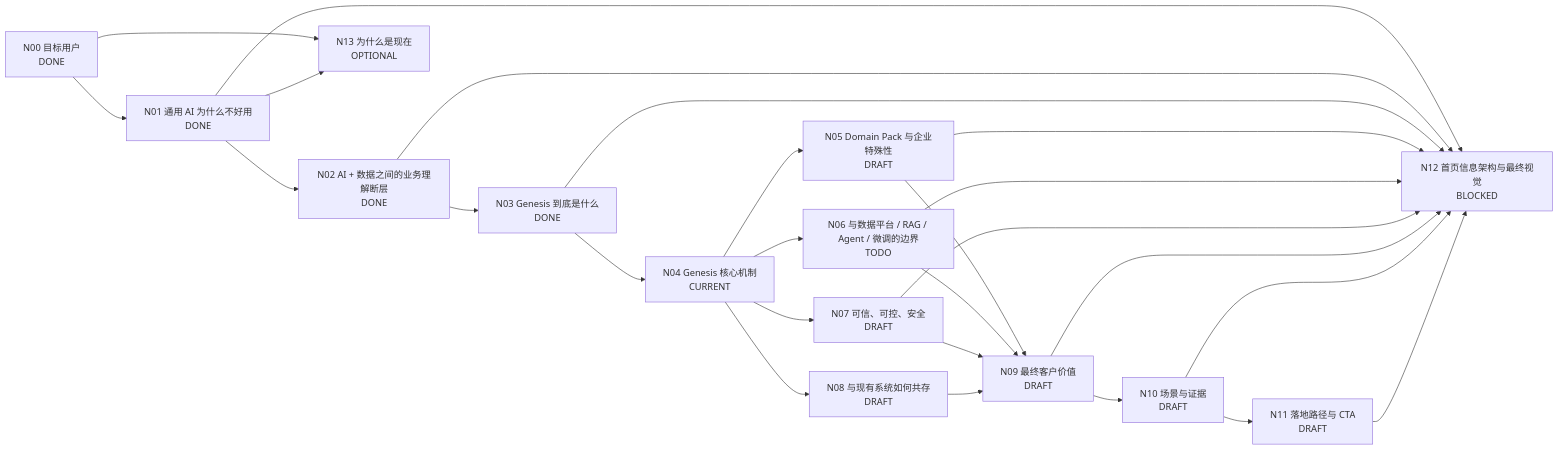
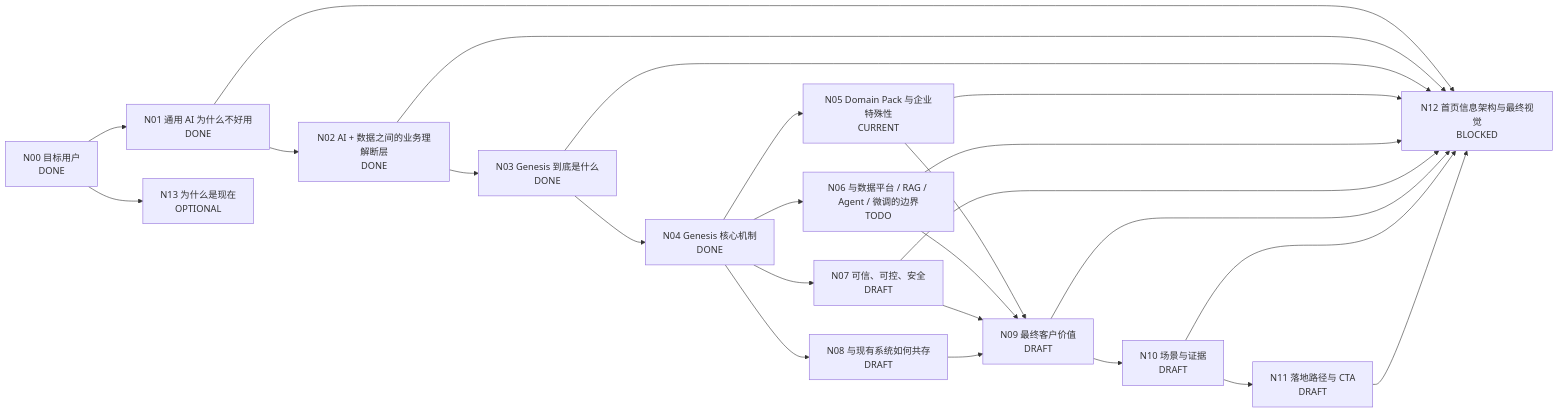
Before and after one commit to stevenge-godscode/stevenge-godscode.github.io: the diagram in docs/product-introduction-dag.md, drawn with Mermaid. The commit also changed other lines of this file, not shown here.

Commit message:
Finalize Genesis core mechanism and start Domain Pack node

````diff
--- a/docs/product-introduction-dag.md
+++ b/docs/product-introduction-dag.md
@@ -25,43 +25,37 @@
 ```mermaid
 flowchart LR
     N00["N00 目标用户\nDONE"]
     N01["N01 通用 AI 为什么不好用\nDONE"]
     N02["N02 AI + 数据之间的业务理解断层\nDONE"]
     N03["N03 Genesis 到底是什么\nDONE"]
-    N04["N04 Genesis 核心机制\nCURRENT"]
-    N05["N05 Domain Pack 与企业特殊性\nDRAFT"]
+    N04["N04 Genesis 核心机制\nDONE"]
+    N05["N05 Domain Pack 与企业特殊性\nCURRENT"]
     N06["N06 与数据平台 / RAG / Agent / 微调的边界\nTODO"]
     N07["N07 可信、可控、安全\nDRAFT"]
     N08["N08 与现有系统如何共存\nDRAFT"]
     N09["N09 最终客户价值\nDRAFT"]
     N10["N10 场景与证据\nDRAFT"]
     N11["N11 落地路径与 CTA\nDRAFT"]
     N12["N12 首页信息架构与最终视觉\nBLOCKED"]
     N13["N13 为什么是现在\nOPTIONAL"]
 
-    N00 --> N01
-    N01 --> N02
-    N02 --> N03
-    N03 --> N04
-    N04 --> N05
+    N00 --> N01 --> N02 --> N03 --> N04 --> N05
     N04 --> N06
     N04 --> N07
     N04 --> N08
     N05 --> N09
     N06 --> N09
     N07 --> N09
     N08 --> N09
-    N09 --> N10
-    N10 --> N11
+    N09 --> N10 --> N11
     N01 --> N12
     N02 --> N12
     N03 --> N12
     N05 --> N12
     N06 --> N12
     N07 --> N12
     N09 --> N12
     N10 --> N12
     N11 --> N12
     N00 --> N13
-    N01 --> N13
 ```
````
